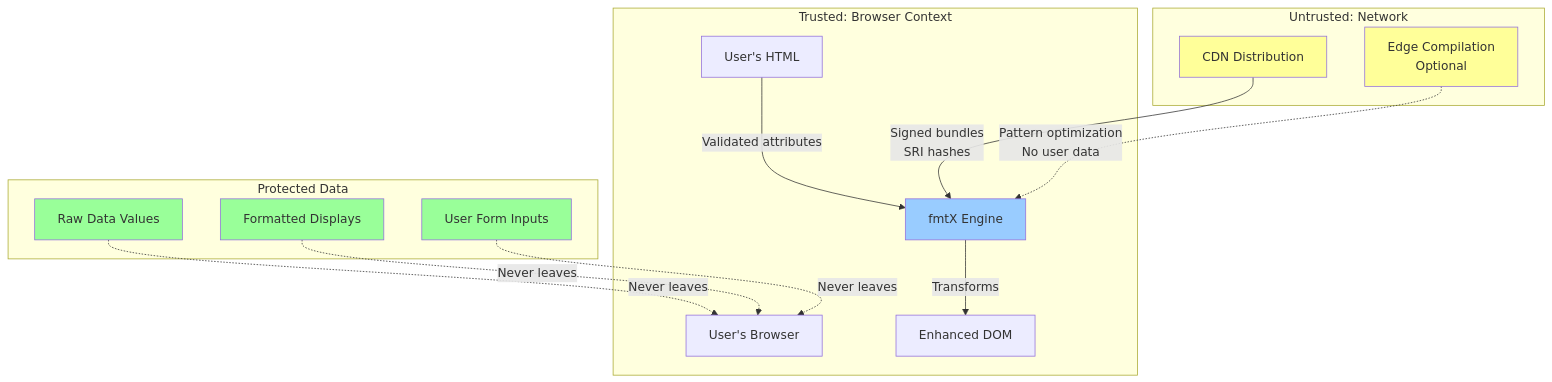
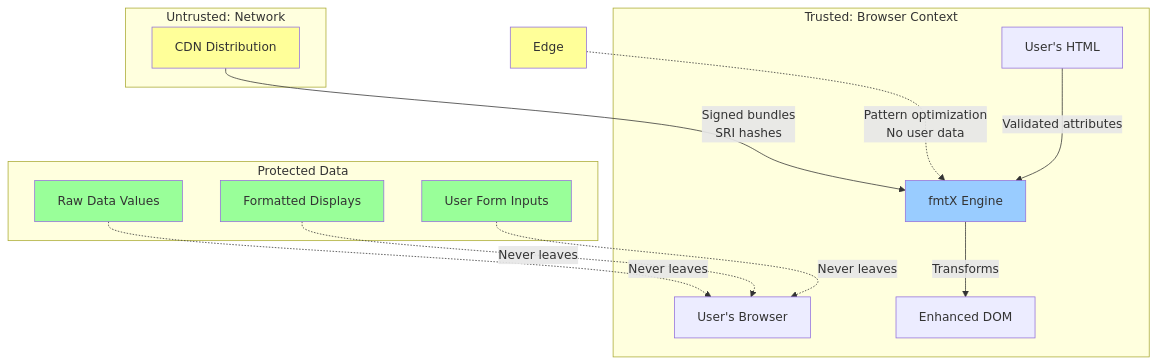
Before and after one commit to adamzwasserman/genX: the fourth of 7 diagrams in docs/architecture/fmtx-architecture-v1.0.md, drawn with Mermaid. The commit also changed other lines of this file and 26 other files, not shown here.

````diff
--- a/docs/architecture/fmtx-architecture-v1.0.md
+++ b/docs/architecture/fmtx-architecture-v1.0.md
@@ -225,35 +223,34 @@
 ```mermaid
 graph TB
     subgraph "Trusted: Browser Context"
         UserBrowser[User's Browser]
         UserHTML[User's HTML]
         FmtXEngine[fmtX Engine]
         EnhancedDOM[Enhanced DOM]
     end
 
     subgraph "Untrusted: Network"
         CDN[CDN Distribution]
-        Edge[Edge Compilation<br/>Optional]
     end
 
     subgraph "Protected Data"
         RawValues[Raw Data Values]
         FormattedValues[Formatted Displays]
         UserInputs[User Form Inputs]
     end
 
     UserHTML -->|Validated attributes| FmtXEngine
     CDN -->|Signed bundles<br/>SRI hashes| FmtXEngine
     FmtXEngine -->|Transforms| EnhancedDOM
     RawValues -.Never leaves.-> UserBrowser
     FormattedValues -.Never leaves.-> UserBrowser
     UserInputs -.Never leaves.-> UserBrowser
     Edge -.->|Pattern optimization<br/>No user data| FmtXEngine
 
     style RawValues fill:#9f9
     style FormattedValues fill:#9f9
     style UserInputs fill:#9f9
     style CDN fill:#ff9
     style Edge fill:#ff9
     style FmtXEngine fill:#9cf
 ```
````
